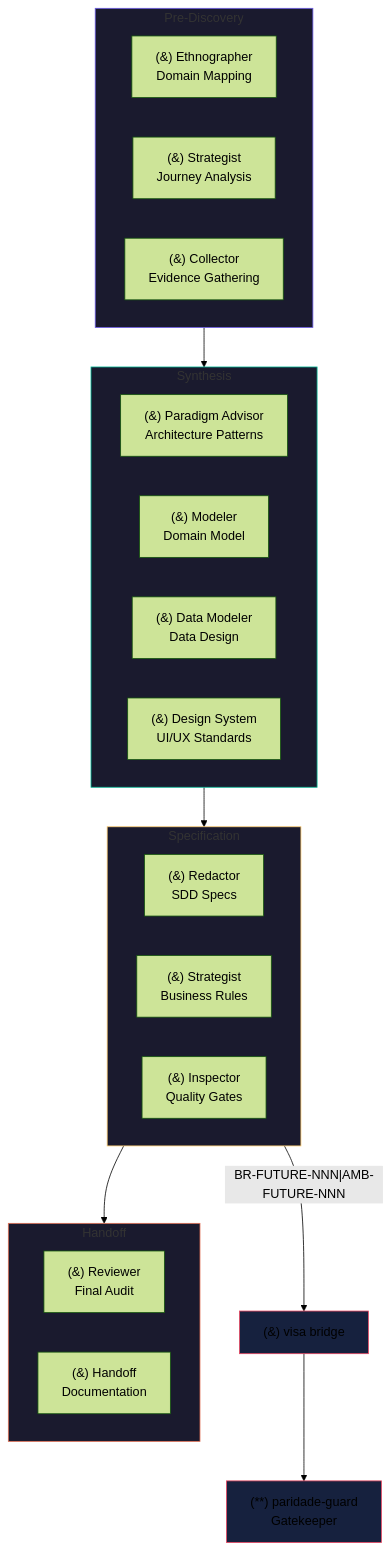
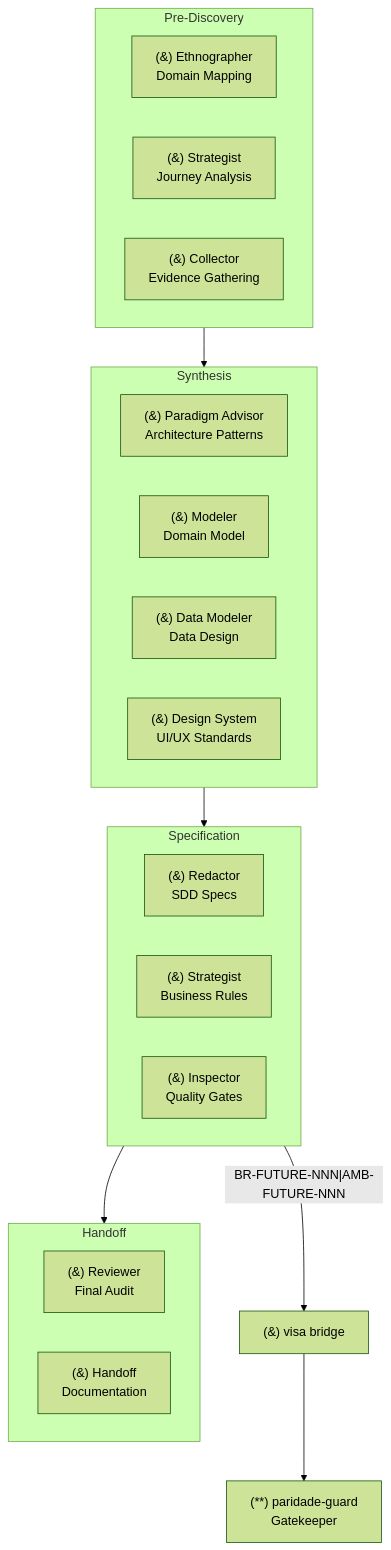
The first of 4 diagrams in README.md (Adgmed2018/visa), drawn with Mermaid (forest theme) before and after one commit. The commit also changed 1 other file, not shown here.

Commit message:
Remove hardcoded node styles to use default mermaid theme

````diff
--- a/README.md
+++ b/README.md
@@ -40,38 +40,31 @@
 ```mermaid
 flowchart TB
     subgraph PRE["Pre-Discovery"]
         E1["(&) Ethnographer<br/>Domain Mapping"]
         E2["(&) Strategist<br/>Journey Analysis"]
         E3["(&) Collector<br/>Evidence Gathering"]
     end
 
     subgraph SYN["Synthesis"]
         S1["(&) Paradigm Advisor<br/>Architecture Patterns"]
         S2["(&) Modeler<br/>Domain Model"]
         S3["(&) Data Modeler<br/>Data Design"]
         S4["(&) Design System<br/>UI/UX Standards"]
     end
 
     subgraph SPEC["Specification"]
         SP1["(&) Redactor<br/>SDD Specs"]
         SP2["(&) Strategist<br/>Business Rules"]
         SP3["(&) Inspector<br/>Quality Gates"]
     end
 
     subgraph Handoff["Handoff"]
         H1["(&) Reviewer<br/>Final Audit"]
         H2["(&) Handoff<br/>Documentation"]
     end
 
     PRE --> SYN --> SPEC --> Handoff
 
     SPEC -->|"BR-FUTURE-NNN|AMB-FUTURE-NNN"| BRIDGE["(&) visa bridge"]
     BRIDGE --> PG["(**) paridade-guard<br/>Gatekeeper"]
-
-    style PRE fill:#1a1a2e,stroke:#6c5ce7
-    style SYN fill:#1a1a2e,stroke:#00b894
-    style SPEC fill:#1a1a2e,stroke:#fdcb6e
-    style Handoff fill:#1a1a2e,stroke:#e17055
-    style BRIDGE fill:#16213e,stroke:#e94560
-    style PG fill:#16213e,stroke:#e94560
 ```
````
